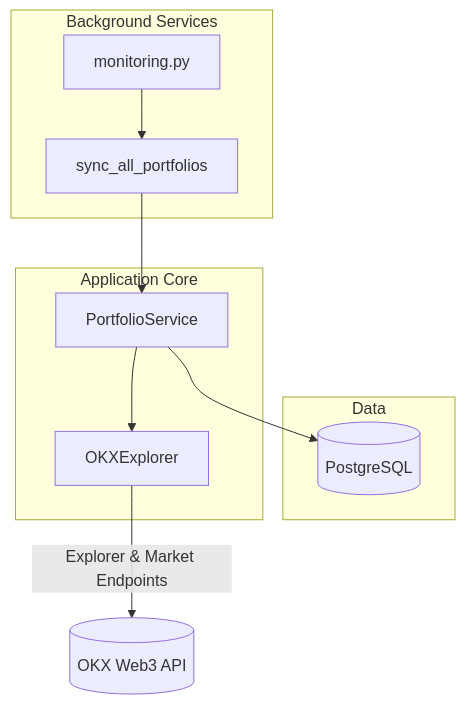
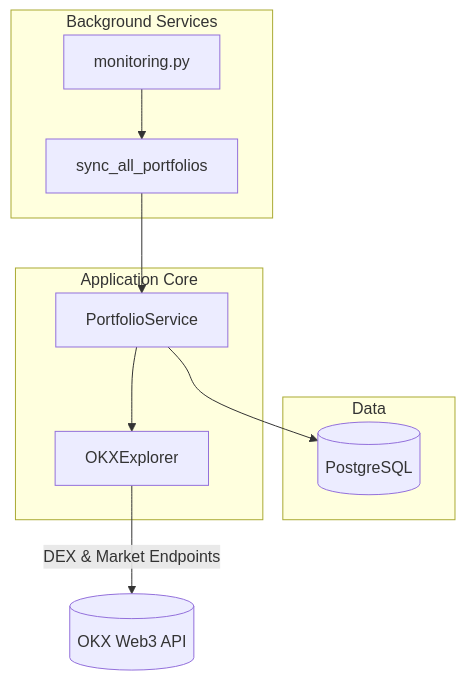
The second of 2 diagrams in how-it-works.md (ugbodagadave/Esther), drawn with Mermaid before and after one commit. The commit also changed other lines of this file and 2 other files, not shown here.

Commit message:
docs: update API documentation to reflect DEX endpoint usage

````diff
--- a/how-it-works.md
+++ b/how-it-works.md
@@ -154,20 +152,20 @@
 ```mermaid
 graph TD
     subgraph Background Services
         M[monitoring.py]
         S[sync_all_portfolios]
     end
     subgraph Data
         DB[(PostgreSQL)]
     end
     subgraph Application Core
         PortfolioService
         OKXExplorer
     end
 
     M --> S
     S --> PortfolioService
     PortfolioService --> OKXExplorer
     PortfolioService --> DB
-    OKXExplorer -->|Explorer & Market Endpoints| OKXDEX[(OKX Web3 API)]
+    OKXExplorer -->|DEX & Market Endpoints| OKXDEX[(OKX Web3 API)]
 ```
````
